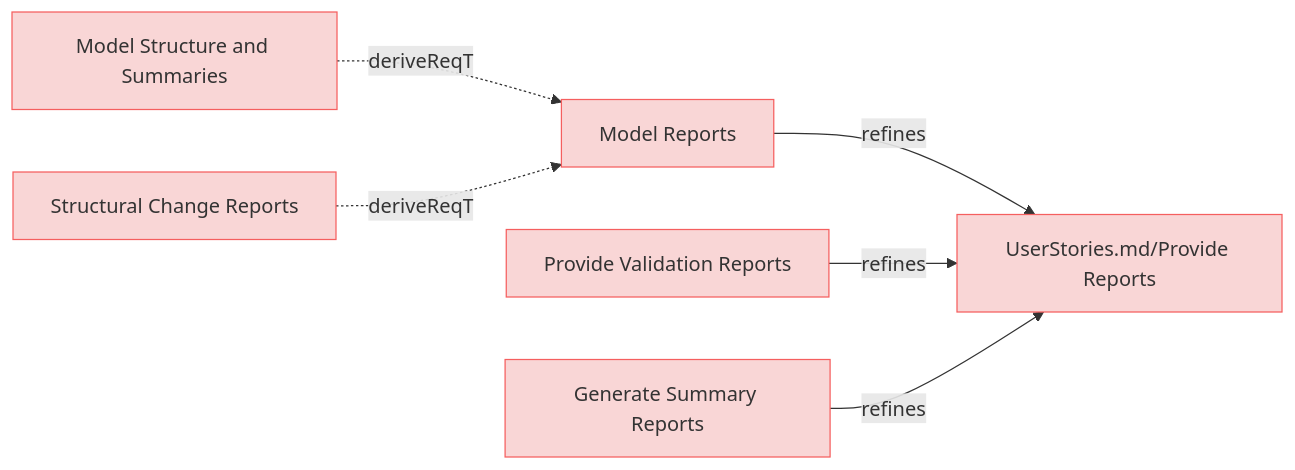
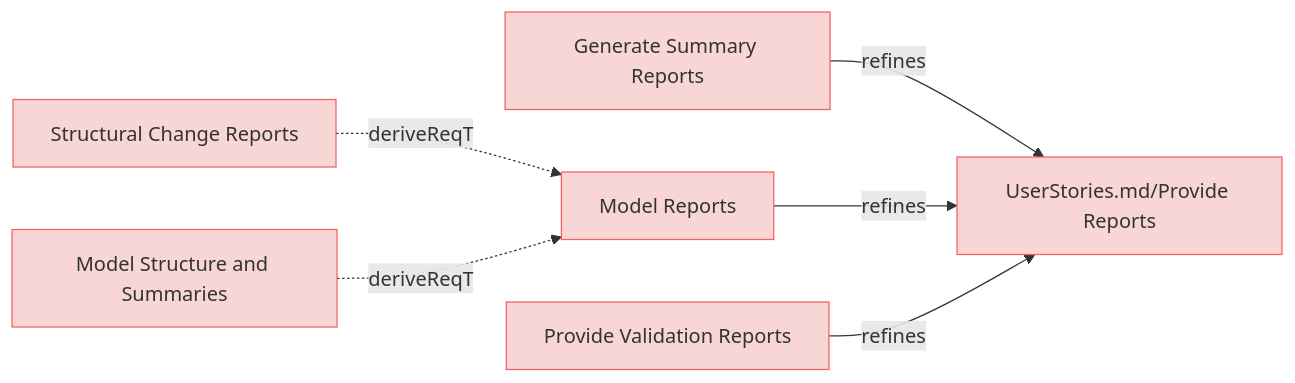
One commit to reqvire-org/reqvire changed the fifth of 9 diagrams in specifications/UserRequirements.md. Above: the diagram before and after it, drawn with Mermaid. The commit also changed other lines of this file and 17 other files, not shown here.

Commit message:
Auto-generate diagrams after PR merge to main

````diff
--- a/specifications/UserRequirements.md
+++ b/specifications/UserRequirements.md
@@ -369,32 +369,32 @@
 ```mermaid
 graph LR;
   %% Graph styling
   classDef requirement fill:#f9d6d6,stroke:#f55f5f,stroke-width:1px;
   classDef verification fill:#d6f9d6,stroke:#5fd75f,stroke-width:1px;
   classDef externalLink fill:#d0e0ff,stroke:#3080ff,stroke-width:1px;
   classDef default fill:#f5f5f5,stroke:#333333,stroke-width:1px;
 
-  f8e7625d29ff6e01["Model Reports"];
-  click f8e7625d29ff6e01 "https://github.com/ilijaljubicic/ReqFlow/blob/29a17f176519a28e973567d4102beb95f41075ed/specifications/UserRequirements.md#model-reports";
-  class f8e7625d29ff6e01 requirement;
-  fe32882ee273e24d["UserStories.md/Provide Reports"];
-  class fe32882ee273e24d requirement;
-  click fe32882ee273e24d "https://github.com/ilijaljubicic/ReqFlow/blob/29a17f176519a28e973567d4102beb95f41075ed/specifications/UserStories.md#provide-reports";
-  f8e7625d29ff6e01 -->|refines| fe32882ee273e24d;
-  b342220e0dc8751d["Model Structure and Summaries"];
-  click b342220e0dc8751d "https://github.com/ilijaljubicic/ReqFlow/blob/29a17f176519a28e973567d4102beb95f41075ed/specifications/UserRequirements.md#model-structure-and-summaries";
-  class b342220e0dc8751d requirement;
-  b342220e0dc8751d -.->|deriveReqT| f8e7625d29ff6e01;
-  482c757913204fb8["Provide Validation Reports"];
-  click 482c757913204fb8 "https://github.com/ilijaljubicic/ReqFlow/blob/29a17f176519a28e973567d4102beb95f41075ed/specifications/UserRequirements.md#provide-validation-reports";
-  class 482c757913204fb8 requirement;
-  482c757913204fb8 -->|refines| fe32882ee273e24d;
-  32850509a034b0ee["Structural Change Reports"];
-  click 32850509a034b0ee "https://github.com/ilijaljubicic/ReqFlow/blob/29a17f176519a28e973567d4102beb95f41075ed/specifications/UserRequirements.md#structural-change-reports";
-  class 32850509a034b0ee requirement;
-  32850509a034b0ee -.->|deriveReqT| f8e7625d29ff6e01;
-  596c459d31db2976["Generate Summary Reports"];
-  click 596c459d31db2976 "https://github.com/ilijaljubicic/ReqFlow/blob/29a17f176519a28e973567d4102beb95f41075ed/specifications/UserRequirements.md#generate-summary-reports";
-  class 596c459d31db2976 requirement;
-  596c459d31db2976 -->|refines| fe32882ee273e24d;
+  83cf8dc3700bef91["Generate Summary Reports"];
+  click 83cf8dc3700bef91 "https://github.com/ilijaljubicic/ReqFlow/blob/73d5ae1d93adea71fdf4cc508be4d1ae09be068f/specifications/UserRequirements.md#generate-summary-reports";
+  class 83cf8dc3700bef91 requirement;
+  a8ca33c2b9a1e9de["UserStories.md/Provide Reports"];
+  class a8ca33c2b9a1e9de requirement;
+  click a8ca33c2b9a1e9de "https://github.com/ilijaljubicic/ReqFlow/blob/73d5ae1d93adea71fdf4cc508be4d1ae09be068f/specifications/UserStories.md#provide-reports";
+  83cf8dc3700bef91 -->|refines| a8ca33c2b9a1e9de;
+  7aea0316c5a26622["Structural Change Reports"];
+  click 7aea0316c5a26622 "https://github.com/ilijaljubicic/ReqFlow/blob/73d5ae1d93adea71fdf4cc508be4d1ae09be068f/specifications/UserRequirements.md#structural-change-reports";
+  class 7aea0316c5a26622 requirement;
+  14b6d75a44a408f8["Model Reports"];
+  class 14b6d75a44a408f8 requirement;
+  click 14b6d75a44a408f8 "https://github.com/ilijaljubicic/ReqFlow/blob/73d5ae1d93adea71fdf4cc508be4d1ae09be068f/specifications/UserRequirements.md#model-reports";
+  7aea0316c5a26622 -.->|deriveReqT| 14b6d75a44a408f8;
+  738524091202242b["Model Structure and Summaries"];
+  click 738524091202242b "https://github.com/ilijaljubicic/ReqFlow/blob/73d5ae1d93adea71fdf4cc508be4d1ae09be068f/specifications/UserRequirements.md#model-structure-and-summaries";
+  class 738524091202242b requirement;
+  738524091202242b -.->|deriveReqT| 14b6d75a44a408f8;
+  14b6d75a44a408f8 -->|refines| a8ca33c2b9a1e9de;
+  a4b1fa740dda1d5["Provide Validation Reports"];
+  click a4b1fa740dda1d5 "https://github.com/ilijaljubicic/ReqFlow/blob/73d5ae1d93adea71fdf4cc508be4d1ae09be068f/specifications/UserRequirements.md#provide-validation-reports";
+  class a4b1fa740dda1d5 requirement;
+  a4b1fa740dda1d5 -->|refines| a8ca33c2b9a1e9de;
 ```
````
